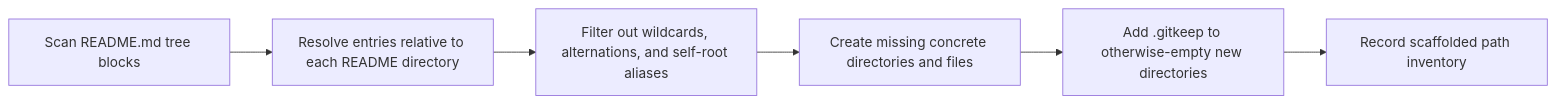
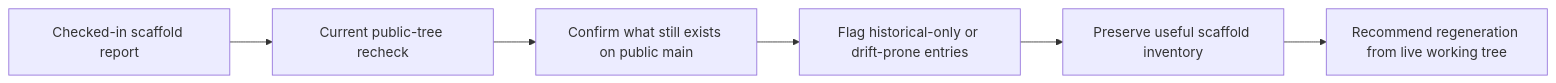
The diagram in docs/reports/readme-structure-reconciliation.md (bartytime4life/Kansas-Frontier-Matrix), drawn with Mermaid before and after one commit. The commit also changed other lines of this file, not shown here.

````diff
--- a/docs/reports/readme-structure-reconciliation.md
+++ b/docs/reports/readme-structure-reconciliation.md
@@ -57,8 +68,8 @@
 ```mermaid
 flowchart LR
-    A[Scan README.md tree blocks] --> B[Resolve entries relative to each README directory]
-    B --> C[Filter out wildcards, alternations, and self-root aliases]
-    C --> D[Create missing concrete directories and files]
-    D --> E[Add .gitkeep to otherwise-empty new directories]
-    E --> F[Record scaffolded path inventory]
+    A[Checked-in scaffold report] --> B[Current public-tree recheck]
+    B --> C[Confirm what still exists on public main]
+    C --> D[Flag historical-only or drift-prone entries]
+    D --> E[Preserve useful scaffold inventory]
+    E --> F[Recommend regeneration from live working tree]
 ```
````
